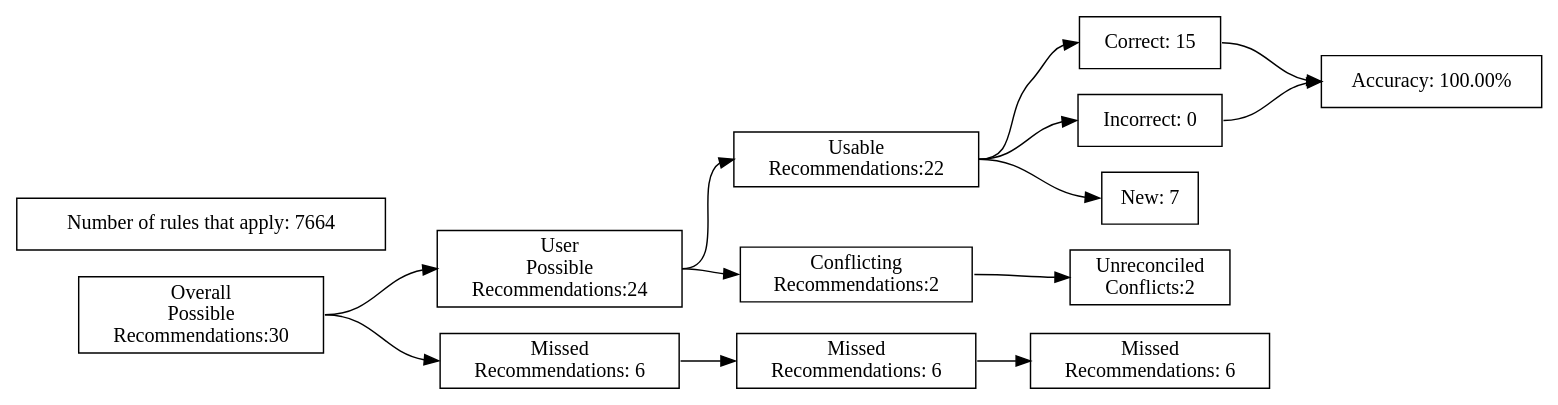
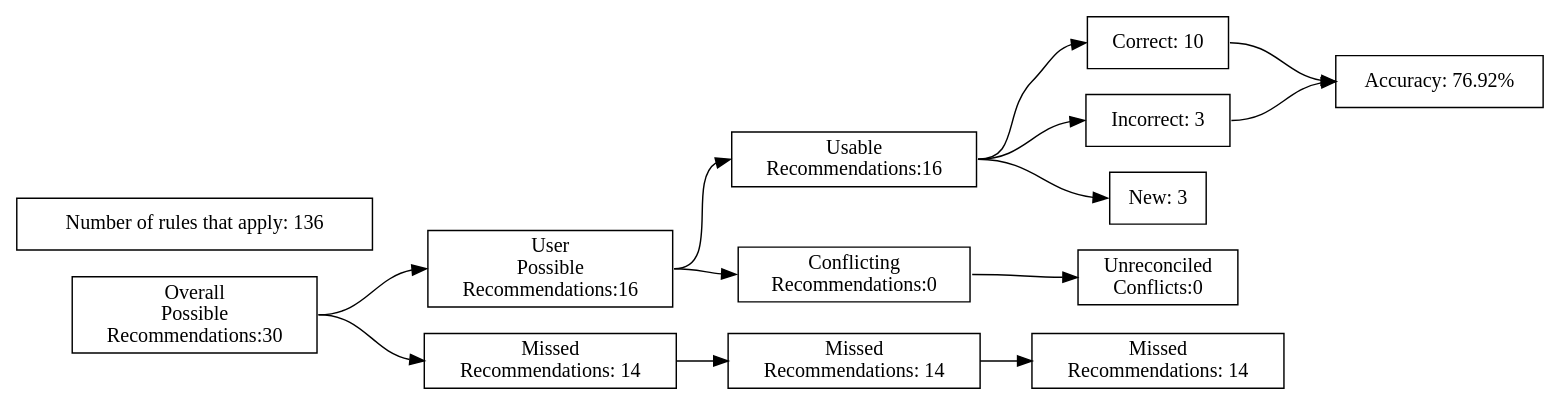
One commit to ZaxR/ibd_diet_analysis changed the diagram in test_renders/22.gv. Above: the diagram before and after it, drawn with Graphviz. The commit also changed 78 other files, not shown here.

```diff
--- a/test_renders/22.gv
+++ b/test_renders/22.gv
@@ -1,40 +1,40 @@
 digraph {
 	graph [rankdir=LR]
 	node [pos=r shape=box]
 	edge [headport=w tailport=e]
 		A [label="Overall
 Possible
 Recommendations:30"]
 		B [label="User
 Possible
-Recommendations:24"]
+Recommendations:16"]
 		C [label="Missed
-Recommendations: 6"]
+Recommendations: 14"]
 		D [label="Usable
-Recommendations:22"]
+Recommendations:16"]
 		E [label="Conflicting
-Recommendations:2"]
+Recommendations:0"]
 		J [label="Missed
-Recommendations: 6"]
+Recommendations: 14"]
 		M [label="Unreconciled
-Conflicts:2"]
-		F [label="Correct: 15"]
-		G [label="Incorrect: 0"]
-		H [label="New: 7"]
+Conflicts:0"]
+		F [label="Correct: 10"]
+		G [label="Incorrect: 3"]
+		H [label="New: 3"]
 		K [label="Missed
-Recommendations: 6"]
-		I [label="Accuracy: 100.00%"]
-		l [label="Number of rules that apply: 7664"]
+Recommendations: 14"]
+		I [label="Accuracy: 76.92%"]
+		l [label="Number of rules that apply: 136"]
 			A -> B
 			A -> C
 			B -> D
 			B -> E
 			D -> F
 			D -> G
 			D -> H
 			F -> I
 			G -> I
 			C -> J
 			J -> K
 			E -> M
 }
```
